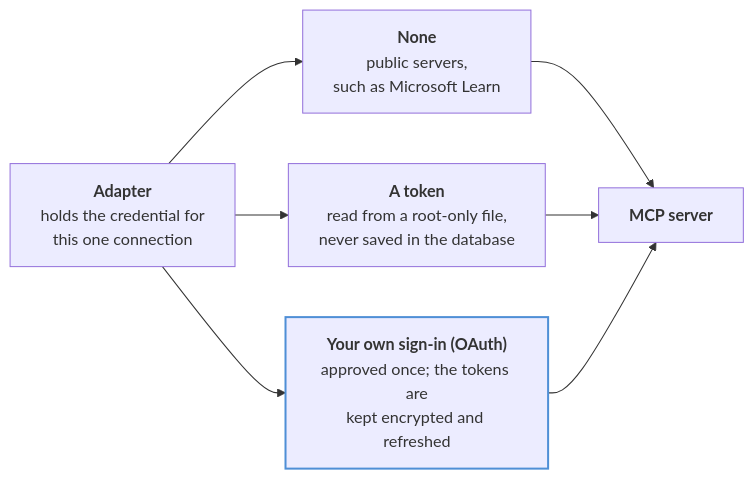
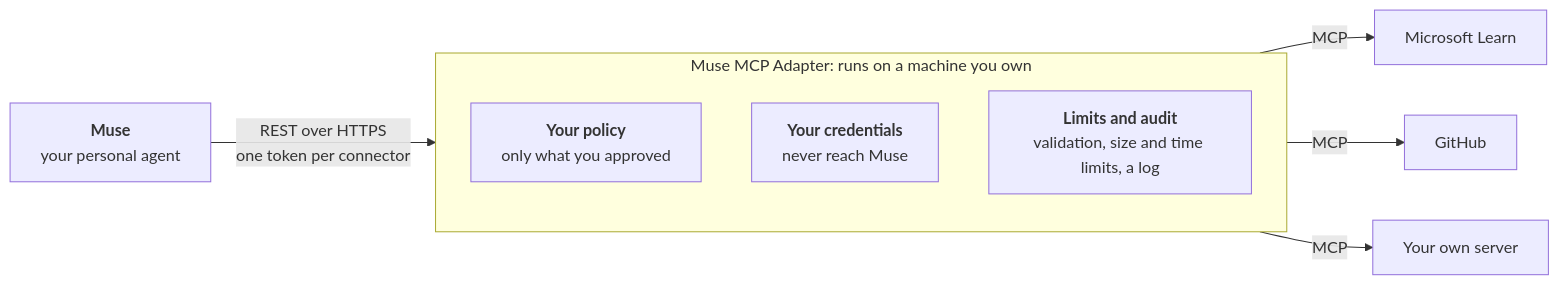
Before and after one commit to sept-usc/muse-mcp-adapter: the diagram in README.md, drawn with Mermaid. The commit also changed other lines of this file and 16 other files, not shown here.

````diff
--- a/README.md
+++ b/README.md
@@ -599,13 +7,17 @@
 ```mermaid
 flowchart LR
-    Adapter["<b>Adapter</b><br/>holds the credential for<br/>this one connection"]
-    Adapter --> O1["<b>None</b><br/>public servers,<br/>such as Microsoft Learn"]
-    Adapter --> O2["<b>A token</b><br/>read from a root-only file,<br/>never saved in the database"]
-    Adapter --> O3["<b>Your own sign-in (OAuth)</b><br/>approved once; the tokens are<br/>kept encrypted and refreshed"]
-    O1 --> Server["<b>MCP server</b>"]
-    O2 --> Server
-    O3 --> Server
-
-    classDef key stroke:#4f8fd6,stroke-width:2px;
-    class O3 key;
+    Muse["<b>Muse</b><br/>your personal agent"]
+    subgraph Adapter["Muse MCP Adapter: runs on a machine you own"]
+        direction TB
+        P["<b>Your policy</b><br/>only what you approved"]
+        C["<b>Your credentials</b><br/>never reach Muse"]
+        L["<b>Limits and audit</b><br/>validation, size and time limits, a log"]
+    end
+    S1["Microsoft Learn"]
+    S2["GitHub"]
+    S3["Your own server"]
+    Muse -- "REST over HTTPS<br/>one token per connector" --> Adapter
+    Adapter -- MCP --> S1
+    Adapter -- MCP --> S2
+    Adapter -- MCP --> S3
 ```
````
